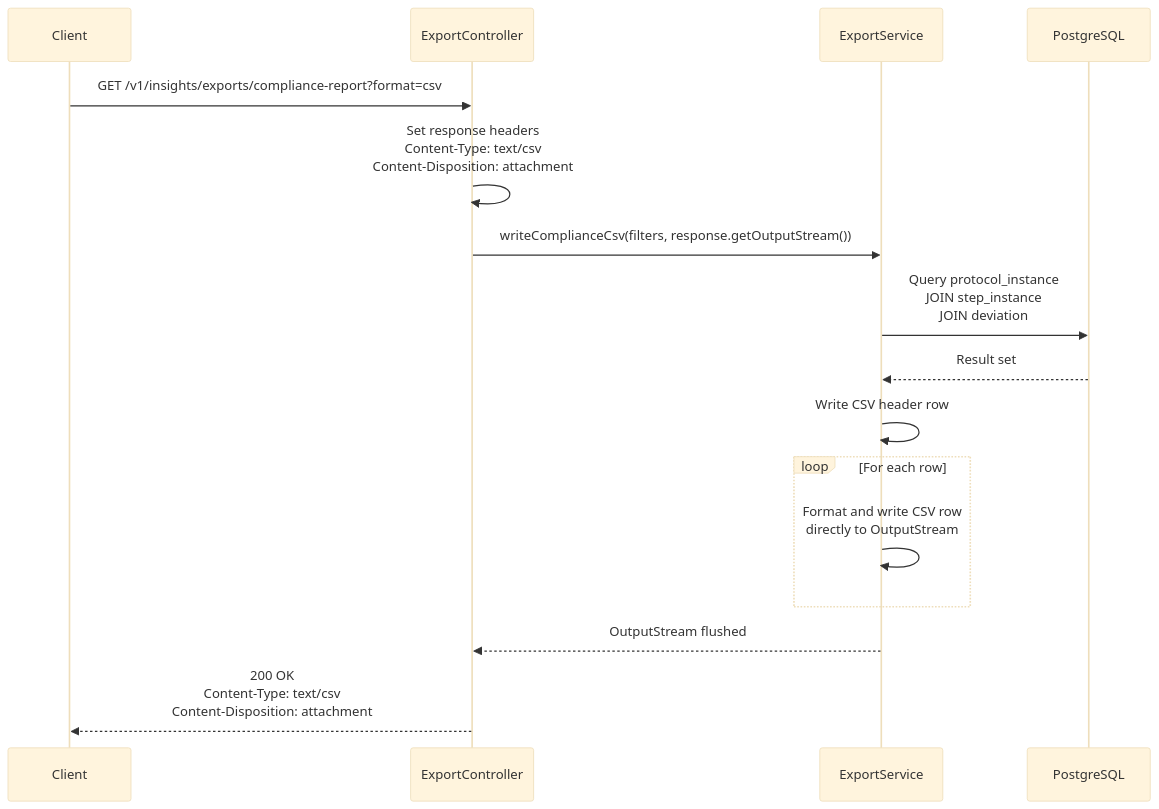
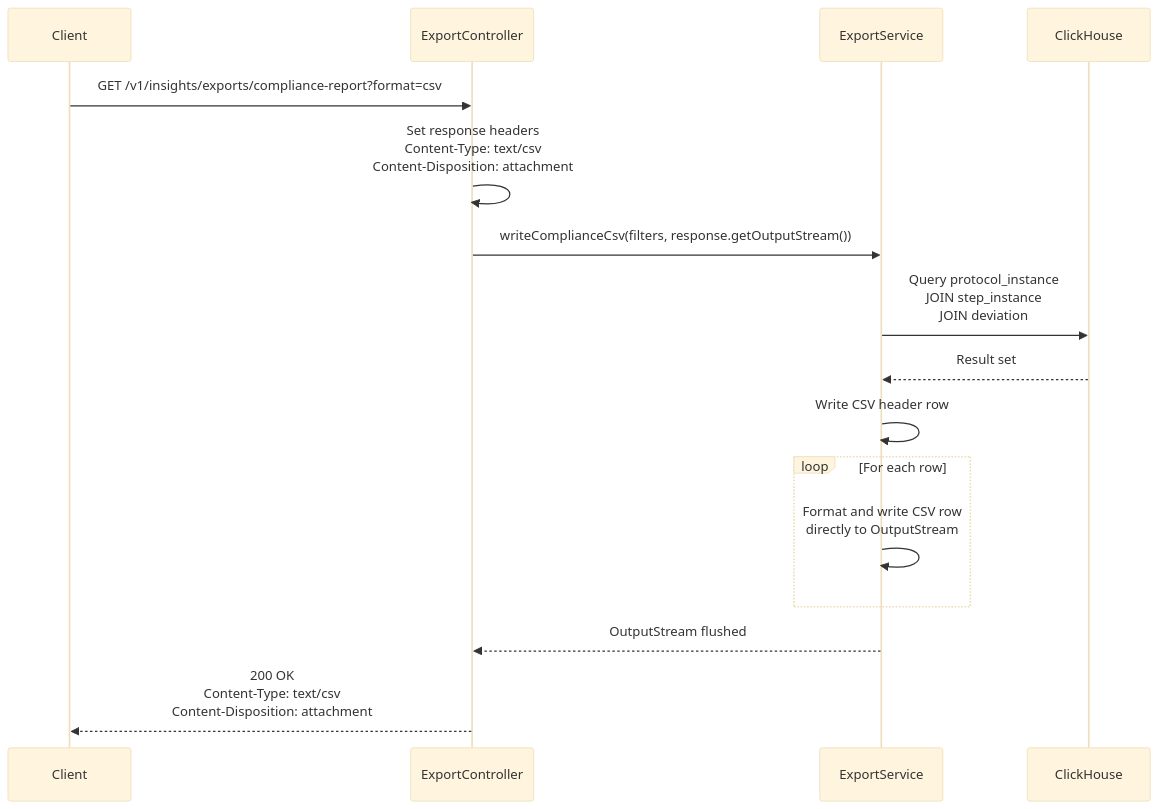
The sixth of 29 diagrams in docs/flow-diagrams.md (openphc/cce-insights-service), drawn with Mermaid (base theme) before and after one commit. The commit also changed other lines of this file and 4 other files, not shown here.

````diff
--- a/docs/flow-diagrams.md
+++ b/docs/flow-diagrams.md
@@ -117,23 +117,23 @@
 ```mermaid
 sequenceDiagram
     participant Client
     participant Controller as ExportController
     participant Service as ExportService
-    participant DB as PostgreSQL
+    participant DB as ClickHouse
 
     Client->>Controller: GET /v1/insights/exports/compliance-report?format=csv
     Controller->>Controller: Set response headers<br/>Content-Type: text/csv<br/>Content-Disposition: attachment
 
     Controller->>Service: writeComplianceCsv(filters, response.getOutputStream())
 
     Service->>DB: Query protocol_instance<br/>JOIN step_instance<br/>JOIN deviation
     DB-->>Service: Result set
 
     Service->>Service: Write CSV header row
     loop For each row
         Service->>Service: Format and write CSV row<br/>directly to OutputStream
     end
 
     Service-->>Controller: OutputStream flushed
     Controller-->>Client: 200 OK<br/>Content-Type: text/csv<br/>Content-Disposition: attachment
 ```
````
